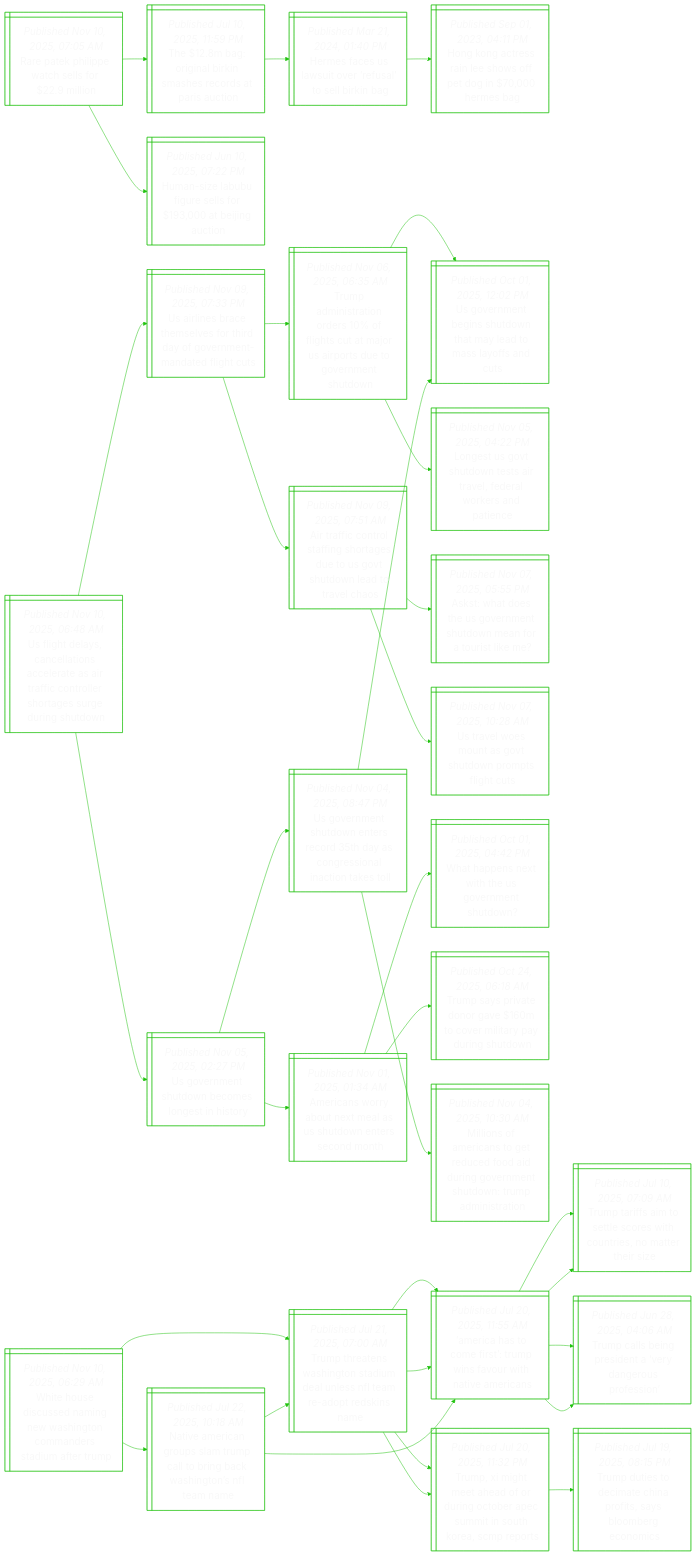
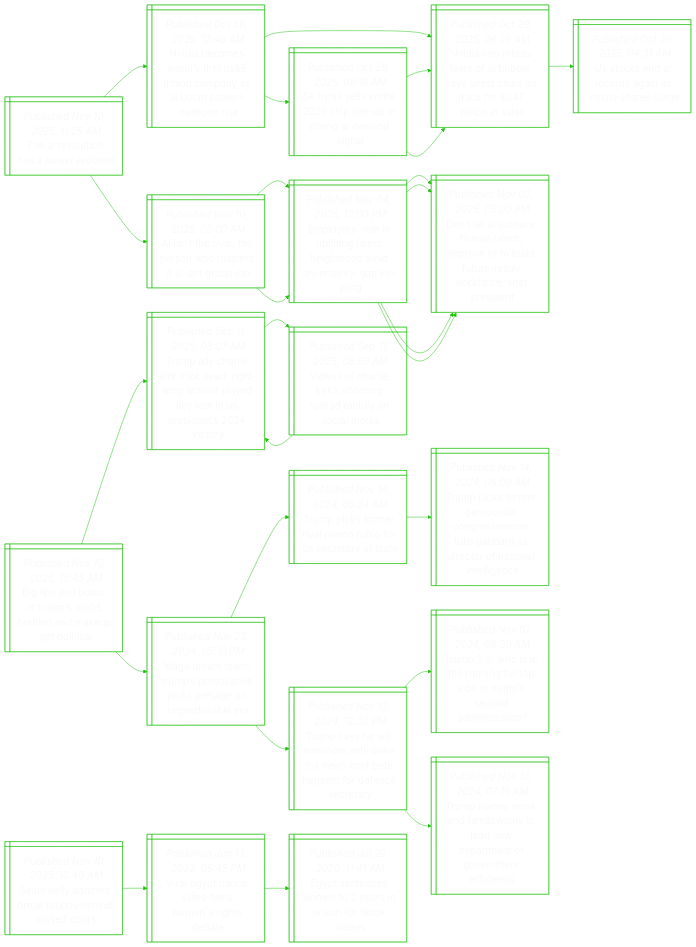
Before and after one commit to notJmes/notJmes: the diagram in README.md, drawn with Mermaid. The commit also changed other lines of this file, not shown here.

````diff
--- a/README.md
+++ b/README.md
@@ -16,109 +16,88 @@
 flowchart LR
 classDef txtsize font-size:20px;
 
-Rahpclmo@{ shape: win-pane, label: "_Published Nov 10, 2025, 07:05 AM_
-Rare patek philippe watch sells for $22.9 million" }
-TagBnhcait@{ shape: win-pane, label: "_Published Jul 10, 2025, 11:59 PM_
-The $12.8m bag: original birkin smashes records at paris auction" }
-Hsswoellkg@{ shape: win-pane, label: "_Published Mar 21, 2024, 01:40 PM_
-Hermes faces us lawsuit over ‘refusal’ to sell birkin bag" }
-HotRewpgra@{ shape: win-pane, label: "_Published Sep 01, 2023, 04:11 PM_
-Hong kong actress rain lee shows off pet dog in $70,000 hermes bag" }
-Hsafestic@{ shape: win-pane, label: "_Published Jun 10, 2025, 07:22 PM_
-Human-size labubu figure sells for $193,000 at beijing auction" }
+Truhorm@{ shape: win-pane, label: "_Published Nov 10, 2025, 11:25 AM_
+The ai revolution has a power problem" }
+NamriSloybomrs@{ shape: win-pane, label: "_Published Oct 30, 2025, 12:46 AM_
+Nvidia becomes world’s first us$5 trillion company as ai boom powers meteoric rise" }
+Naefousacocboa@{ shape: win-pane, label: "_Published Oct 29, 2025, 06:26 AM_
+Nvidia ceo rebuts fears of ai bubble, says latest chips on track for $647 billion in sales" }
+Ucdcaadau@{ shape: win-pane, label: "_Published Oct 29, 2025, 04:31 AM_
+Us stocks end at records again as nvidia shares surge" }
+Siliiesgmi@{ shape: win-pane, label: "_Published Oct 29, 2025, 08:18 AM_
+Sk hynix sells entire 2026 chip line-up in strong ai demand signal" }
+Naefousacocboa@{ shape: win-pane, label: "_Published Oct 29, 2025, 06:26 AM_
+Nvidia ceo rebuts fears of ai bubble, says latest chips on track for $647 billion in sales" }
+Naefousacocboa@{ shape: win-pane, label: "_Published Oct 29, 2025, 06:26 AM_
+Nvidia ceo rebuts fears of ai bubble, says latest chips on track for $647 billion in sales" }
+AtihsoeiGC@{ shape: win-pane, label: "_Published Nov 10, 2025, 05:00 AM_
+Ai isn’t the rival, the person who masters it is: ant group cto" }
+EyoutahtanaGm@{ shape: win-pane, label: "_Published Nov 04, 2025, 12:00 PM_
+Employers’ role in uplifting talent heightened amid uncertainty: gan kim yong" }
+DeuennrRiteorEst@{ shape: win-pane, label: "_Published Nov 02, 2025, 05:00 PM_
+Don’t let ai outpace human talent, improve hr to build future-ready workforce: snef president" }
+DeuennrRiteorEst@{ shape: win-pane, label: "_Published Nov 02, 2025, 05:00 PM_
+Don’t let ai outpace human talent, improve hr to build future-ready workforce: snef president" }
+EyoutahtanaGm@{ shape: win-pane, label: "_Published Nov 04, 2025, 12:00 PM_
+Employers’ role in uplifting talent heightened amid uncertainty: gan kim yong" }
+DeuennrRiteorEst@{ shape: win-pane, label: "_Published Nov 02, 2025, 05:00 PM_
+Don’t let ai outpace human talent, improve hr to build future-ready workforce: snef president" }
+DeuennrRiteorEst@{ shape: win-pane, label: "_Published Nov 02, 2025, 05:00 PM_
+Don’t let ai outpace human talent, improve hr to build future-ready workforce: snef president" }
 
-Rahpclmo:::txtsize --> TagBnhcait:::txtsize
-TagBnhcait:::txtsize --> Hsswoellkg:::txtsize
-Hsswoellkg:::txtsize --> HotRewpgra:::txtsize
-Rahpclmo:::txtsize --> Hsafestic:::txtsize
+Truhorm:::txtsize --> NamriSloybomrs:::txtsize
+NamriSloybomrs:::txtsize --> Naefousacocboa:::txtsize
+Naefousacocboa:::txtsize --> Ucdcaadau:::txtsize
+NamriSloybomrs:::txtsize --> Siliiesgmi:::txtsize
+Siliiesgmi:::txtsize --> Naefousacocboa:::txtsize
+Siliiesgmi:::txtsize --> Naefousacocboa:::txtsize
+Truhorm:::txtsize --> AtihsoeiGC:::txtsize
+AtihsoeiGC:::txtsize --> EyoutahtanaGm:::txtsize
+EyoutahtanaGm:::txtsize --> DeuennrRiteorEst:::txtsize
+EyoutahtanaGm:::txtsize --> DeuennrRiteorEst:::txtsize
+AtihsoeiGC:::txtsize --> EyoutahtanaGm:::txtsize
+EyoutahtanaGm:::txtsize --> DeuennrRiteorEst:::txtsize
+EyoutahtanaGm:::txtsize --> DeuennrRiteorEst:::txtsize
 
-Uglalnetifolhgrrhw@{ shape: win-pane, label: "_Published Nov 10, 2025, 06:48 AM_
-Us flight delays, cancellations accelerate as air traffic controller shortages surge during shutdown" }
-Ulbtefiyvendhs@{ shape: win-pane, label: "_Published Nov 09, 2025, 07:33 PM_
-Us airlines brace themselves for third day of government-mandated flight cuts" }
-TaitroguaSouomhw@{ shape: win-pane, label: "_Published Nov 06, 2025, 06:35 AM_
-Trump administration orders 10% of flights cut at major us airports due to government shutdown" }
-Ueniunmaayat@{ shape: win-pane, label: "_Published Oct 01, 2025, 12:02 PM_
-Us government begins shutdown that may lead to mass layoffs and cuts" }
-Lsounsrfakni@{ shape: win-pane, label: "_Published Nov 05, 2025, 04:22 PM_
-Longest us govt shutdown tests air travel, federal workers and patience" }
-AacofsauSsoarc@{ shape: win-pane, label: "_Published Nov 09, 2025, 07:51 AM_
-Air traffic control staffing shortages due to us govt shutdown lead to travel chaos" }
-aWoeveunfotm@{ shape: win-pane, label: "_Published Nov 07, 2025, 05:55 PM_
-Askst: what does the us government shutdown mean for a tourist like me?" }
-Uvenounpiu@{ shape: win-pane, label: "_Published Nov 07, 2025, 10:28 AM_
-Us travel woes mount as govt shutdown prompts flight cuts" }
-Uentbegno@{ shape: win-pane, label: "_Published Nov 05, 2025, 02:27 PM_
-Us government shutdown becomes longest in history" }
-AcobeaSdnsdh@{ shape: win-pane, label: "_Published Nov 01, 2025, 01:34 AM_
-Americans worry about next meal as us shutdown enters second month" }
-Waswhomhw@{ shape: win-pane, label: "_Published Oct 01, 2025, 04:42 PM_
-What happens next with the us government shutdown?" }
-Tsrermvlyuso@{ shape: win-pane, label: "_Published Oct 24, 2025, 06:18 AM_
-Trump says private donor gave $160m to cover military pay during shutdown" }
-Uentesraosactt@{ shape: win-pane, label: "_Published Nov 04, 2025, 08:47 PM_
-Us government shutdown enters record 35th day as congressional inaction takes toll" }
-Ueniunmaayat@{ shape: win-pane, label: "_Published Oct 01, 2025, 12:02 PM_
-Us government begins shutdown that may lead to mass layoffs and cuts" }
-MoAcoedaromhwmirn@{ shape: win-pane, label: "_Published Nov 04, 2025, 10:30 AM_
-Millions of americans to get reduced food aid during government shutdown: trump administration" }
+BpbImrsakeil@{ shape: win-pane, label: "_Published Nov 10, 2025, 10:45 AM_
+Big lips and botox: in trump’s world, fashion and makeup get political" }
+TahesegnipdoUstt@{ shape: win-pane, label: "_Published Sep 11, 2025, 03:07 AM_
+Trump ally charlie kirk shot dead; right-wing activist played key role in us president’s 2024 victory" }
+VsaKsirayce@{ shape: win-pane, label: "_Published Sep 11, 2025, 08:59 AM_
+Videos of charlie kirk’s shooting spread rapidly on social media" }
+TahesegnipdoUstt@{ shape: win-pane, label: "_Published Sep 11, 2025, 03:07 AM_
+Trump ally charlie kirk shot dead; right-wing activist played key role in us president’s 2024 victory" }
+Mreurappgnil@{ shape: win-pane, label: "_Published Nov 23, 2024, 05:10 PM_
+Maga dream team: trump’s provocative picks presage an unpredictable era" }
+TpfrlooSeot@{ shape: win-pane, label: "_Published Nov 14, 2024, 05:24 AM_
+Trump picks former rival marco rubio for us secretary of state" }
+Tpfrccrouadrrtlln@{ shape: win-pane, label: "_Published Nov 14, 2024, 05:09 AM_
+Trump picks former democratic congresswoman tulsi gabbard as director of national intelligence" }
+Tsenateeseerncr@{ shape: win-pane, label: "_Published Nov 13, 2024, 12:30 PM_
+Trump says he will nominate anti-woke fox news host pete hegseth for defence secretary" }
+TWirntbrsdna@{ shape: win-pane, label: "_Published Nov 07, 2024, 08:30 AM_
+Trump 2.0: who is in the running for top jobs in trump’s second administration?" }
+TnMnayaDtoenic@{ shape: win-pane, label: "_Published Nov 13, 2024, 07:15 AM_
+Trump names musk and ramaswamy to lead new department of government efficiency" }
 
-Uglalnetifolhgrrhw:::txtsize --> Ulbtefiyvendhs:::txtsize
-Ulbtefiyvendhs:::txtsize --> TaitroguaSouomhw:::txtsize
-TaitroguaSouomhw:::txtsize --> Ueniunmaayat:::txtsize
-TaitroguaSouomhw:::txtsize --> Lsounsrfakni:::txtsize
-Ulbtefiyvendhs:::txtsize --> AacofsauSsoarc:::txtsize
-AacofsauSsoarc:::txtsize --> aWoeveunfotm:::txtsize
-AacofsauSsoarc:::txtsize --> Uvenounpiu:::txtsize
-Uglalnetifolhgrrhw:::txtsize --> Uentbegno:::txtsize
-Uentbegno:::txtsize --> AcobeaSdnsdh:::txtsize
-AcobeaSdnsdh:::txtsize --> Waswhomhw:::txtsize
-AcobeaSdnsdh:::txtsize --> Tsrermvlyuso:::txtsize
-Uentbegno:::txtsize --> Uentesraosactt:::txtsize
-Uentesraosactt:::txtsize --> Ueniunmaayat:::txtsize
-Uentesraosactt:::txtsize --> MoAcoedaromhwmirn:::txtsize
+BpbImrsakeil:::txtsize --> TahesegnipdoUstt:::txtsize
+TahesegnipdoUstt:::txtsize --> VsaKsirayce:::txtsize
+VsaKsirayce:::txtsize --> TahesegnipdoUstt:::txtsize
+BpbImrsakeil:::txtsize --> Mreurappgnil:::txtsize
+Mreurappgnil:::txtsize --> TpfrlooSeot:::txtsize
+TpfrlooSeot:::txtsize --> Tpfrccrouadrrtlln:::txtsize
+Mreurappgnil:::txtsize --> Tsenateeseerncr:::txtsize
+Tsenateeseerncr:::txtsize --> TWirntbrsdna:::txtsize
+Tsenateeseerncr:::txtsize --> TnMnayaDtoenic:::txtsize
 
-WHdsanstmeaaT@{ shape: win-pane, label: "_Published Nov 10, 2025, 06:29 AM_
-White house discussed naming new washington commanders stadium after trump" }
-TttagtmuseaRim@{ shape: win-pane, label: "_Published Jul 21, 2025, 07:00 AM_
-Trump threatens washington stadium deal unless nfl team re-adopt redskins name" }
-ActetpfrNei@{ shape: win-pane, label: "_Published Jul 20, 2025, 11:55 AM_
-‘america has to come first’: trump wins favour with native americans" }
-Ttfttoiueats@{ shape: win-pane, label: "_Published Jul 10, 2025, 07:09 AM_
-Trump tariffs aim to settle scores with countries, no matter their size" }
-Tcbpdvaooi@{ shape: win-pane, label: "_Published Jun 28, 2025, 04:06 AM_
-Trump calls being president a ‘very dangerous profession’" }
-TXhtddgbemSKSes@{ shape: win-pane, label: "_Published Jul 20, 2025, 11:32 PM_
-Trump, xi might meet ahead of or during october apec summit in south korea, scmp reports" }
-Tdsceaiyogo@{ shape: win-pane, label: "_Published Jul 19, 2025, 08:15 PM_
-Trump duties to decimate china profits, says bloomberg economics" }
-NeirsrabbagNae@{ shape: win-pane, label: "_Published Jul 22, 2025, 10:18 AM_
-Native american groups slam trump call to bring back washington’s nfl team name" }
-TttagtmuseaRim@{ shape: win-pane, label: "_Published Jul 21, 2025, 07:00 AM_
-Trump threatens washington stadium deal unless nfl team re-adopt redskins name" }
-ActetpfrNei@{ shape: win-pane, label: "_Published Jul 20, 2025, 11:55 AM_
-‘america has to come first’: trump wins favour with native americans" }
-TXhtddgbemSKSes@{ shape: win-pane, label: "_Published Jul 20, 2025, 11:32 PM_
-Trump, xi might meet ahead of or during october apec summit in south korea, scmp reports" }
-ActetpfrNei@{ shape: win-pane, label: "_Published Jul 20, 2025, 11:55 AM_
-‘america has to come first’: trump wins favour with native americans" }
-Ttfttoiueats@{ shape: win-pane, label: "_Published Jul 10, 2025, 07:09 AM_
-Trump tariffs aim to settle scores with countries, no matter their size" }
-Tcbpdvaooi@{ shape: win-pane, label: "_Published Jun 28, 2025, 04:06 AM_
-Trump calls being president a ‘very dangerous profession’" }
+Sbdraohld@{ shape: win-pane, label: "_Published Nov 10, 2025, 10:40 AM_
+Saudi belly dancers break taboos behind closed doors" }
+VEdvfwsta@{ shape: win-pane, label: "_Published Jan 13, 2022, 05:45 PM_
+Viral egypt dance video fuels women's rights debate" }
+EsnoosioTd@{ shape: win-pane, label: "_Published Jul 29, 2020, 11:41 AM_
+Egypt sentences women to 2 years in prison for tiktok videos" }
 
-WHdsanstmeaaT:::txtsize --> TttagtmuseaRim:::txtsize
-TttagtmuseaRim:::txtsize --> ActetpfrNei:::txtsize
-ActetpfrNei:::txtsize --> Ttfttoiueats:::txtsize
-ActetpfrNei:::txtsize --> Tcbpdvaooi:::txtsize
-TttagtmuseaRim:::txtsize --> TXhtddgbemSKSes:::txtsize
-TXhtddgbemSKSes:::txtsize --> Tdsceaiyogo:::txtsize
-WHdsanstmeaaT:::txtsize --> NeirsrabbagNae:::txtsize
-NeirsrabbagNae:::txtsize --> TttagtmuseaRim:::txtsize
-TttagtmuseaRim:::txtsize --> ActetpfrNei:::txtsize
-TttagtmuseaRim:::txtsize --> TXhtddgbemSKSes:::txtsize
-NeirsrabbagNae:::txtsize --> ActetpfrNei:::txtsize
-ActetpfrNei:::txtsize --> Ttfttoiueats:::txtsize
-ActetpfrNei:::txtsize --> Tcbpdvaooi:::txtsize
+Sbdraohld:::txtsize --> VEdvfwsta:::txtsize
+VEdvfwsta:::txtsize --> EsnoosioTd:::txtsize
 
 ```
````
